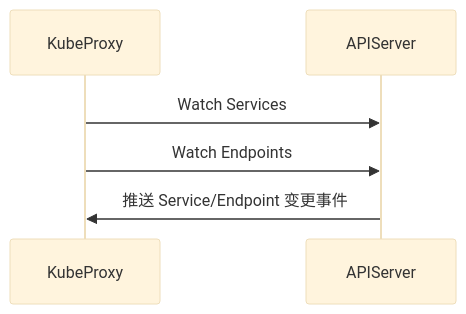
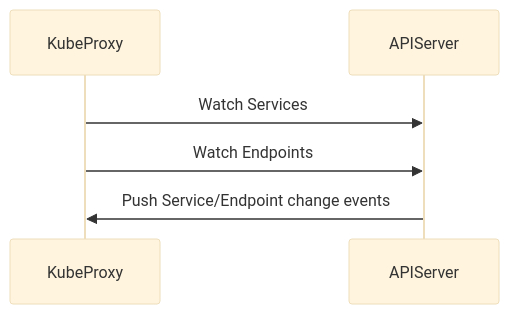
Before and after one commit to liweinan/deepseek-answers: the diagram in files/kube-proxy-intro.md, drawn with Mermaid (base theme). The commit also changed other lines of this file and 135 other files, not shown here.

````diff
--- a/files/kube-proxy-intro.md
+++ b/files/kube-proxy-intro.md
@@ -21,8 +21,8 @@
 ```mermaid
 sequenceDiagram
     participant KubeProxy
     participant APIServer
     KubeProxy->>APIServer: Watch Services
     KubeProxy->>APIServer: Watch Endpoints
-    APIServer->>KubeProxy: 推送 Service/Endpoint 变更事件
+    APIServer->>KubeProxy: Push Service/Endpoint change events
 ```
````
